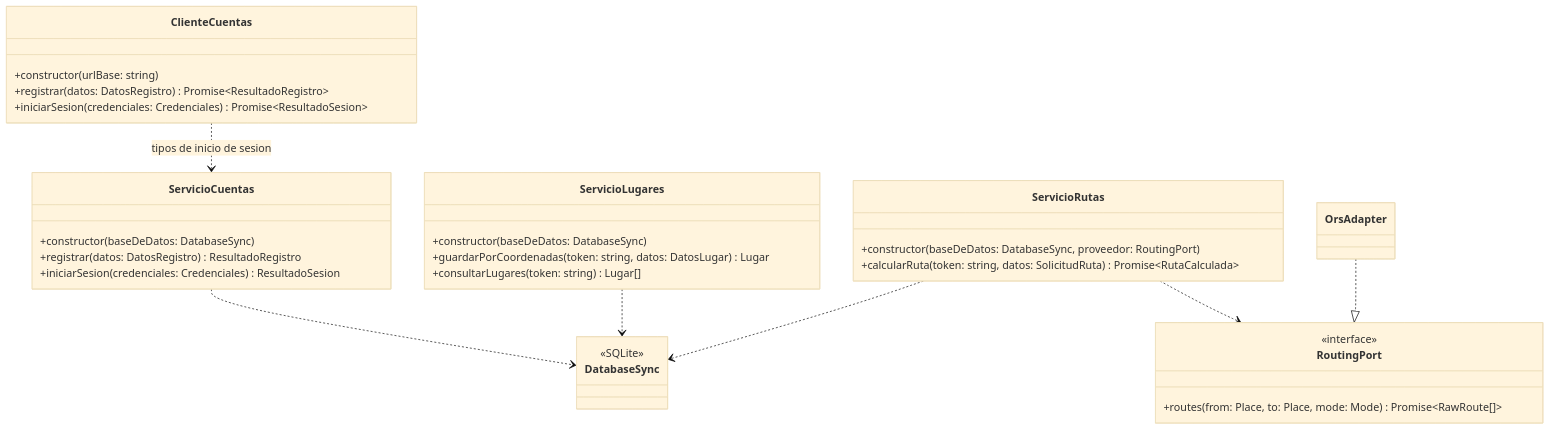
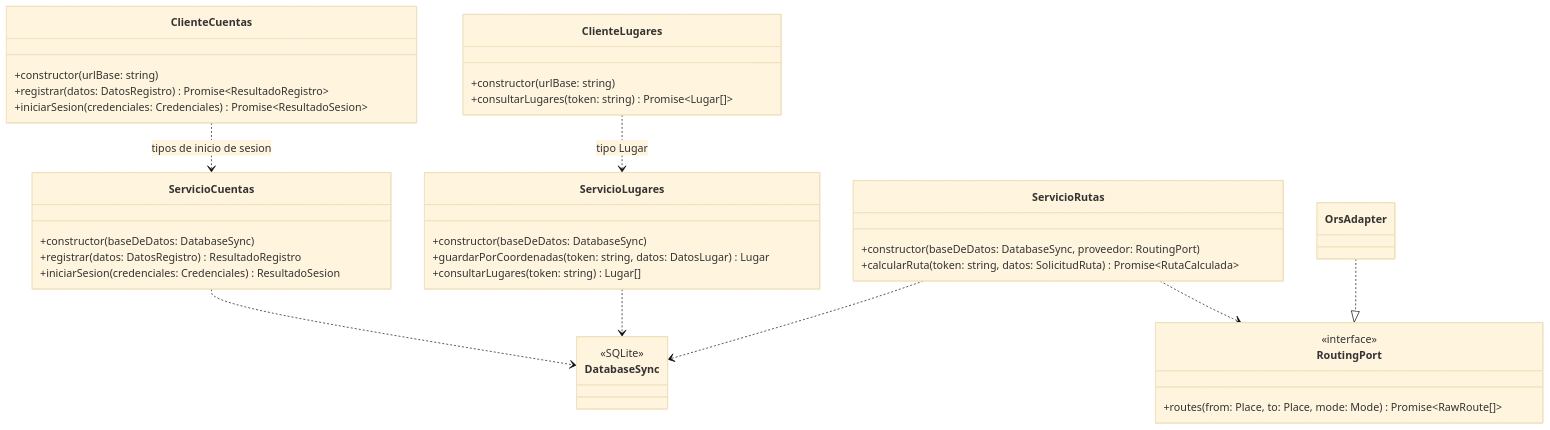
The diagram in docs/entrega2/uml-sut-it01.md (Kiliansito/ei1039-ei1048-movilidad), drawn with Mermaid (base theme) before and after one commit. The commit also changed other lines of this file and 2 other files, not shown here.

Commit message:
test(it01h07): cover remaining place listing scenarios

````diff
--- a/docs/entrega2/uml-sut-it01.md
+++ b/docs/entrega2/uml-sut-it01.md
@@ -5,40 +5,45 @@
 ```mermaid
 classDiagram
     direction TB
 
     class ServicioCuentas {
         +constructor(baseDeDatos: DatabaseSync)
         +registrar(datos: DatosRegistro) ResultadoRegistro
         +iniciarSesion(credenciales: Credenciales) ResultadoSesion
     }
     class ClienteCuentas {
         +constructor(urlBase: string)
         +registrar(datos: DatosRegistro) Promise~ResultadoRegistro~
         +iniciarSesion(credenciales: Credenciales) Promise~ResultadoSesion~
+    }
+    class ClienteLugares {
+        +constructor(urlBase: string)
+        +consultarLugares(token: string) Promise~Lugar[]~
     }
     class ServicioLugares {
         +constructor(baseDeDatos: DatabaseSync)
         +guardarPorCoordenadas(token: string, datos: DatosLugar) Lugar
         +consultarLugares(token: string) Lugar[]
     }
     class ServicioRutas {
         +constructor(baseDeDatos: DatabaseSync, proveedor: RoutingPort)
         +calcularRuta(token: string, datos: SolicitudRuta) Promise~RutaCalculada~
     }
 
     class DatabaseSync {
         <<SQLite>>
     }
     class RoutingPort {
         <<interface>>
         +routes(from: Place, to: Place, mode: Mode) Promise~RawRoute[]~
     }
     class OrsAdapter
 
     ClienteCuentas ..> ServicioCuentas : tipos de inicio de sesion
+    ClienteLugares ..> ServicioLugares : tipo Lugar
     ServicioCuentas ..> DatabaseSync
     ServicioLugares ..> DatabaseSync
     ServicioRutas ..> DatabaseSync
     ServicioRutas ..> RoutingPort
     OrsAdapter ..|> RoutingPort
 ```
````
